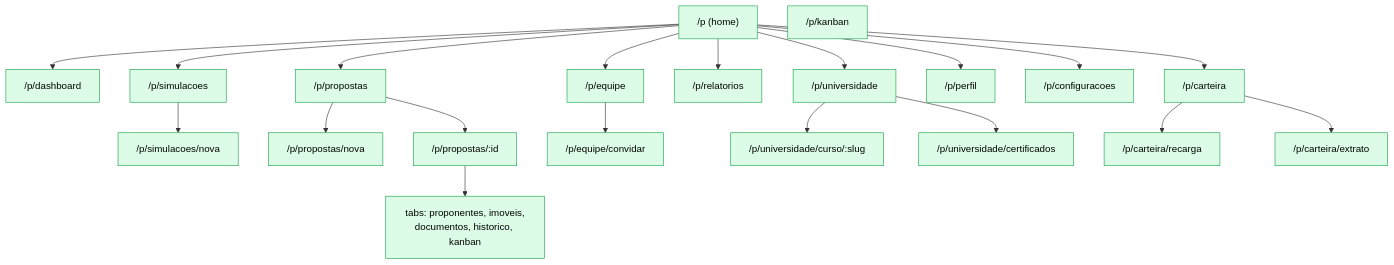
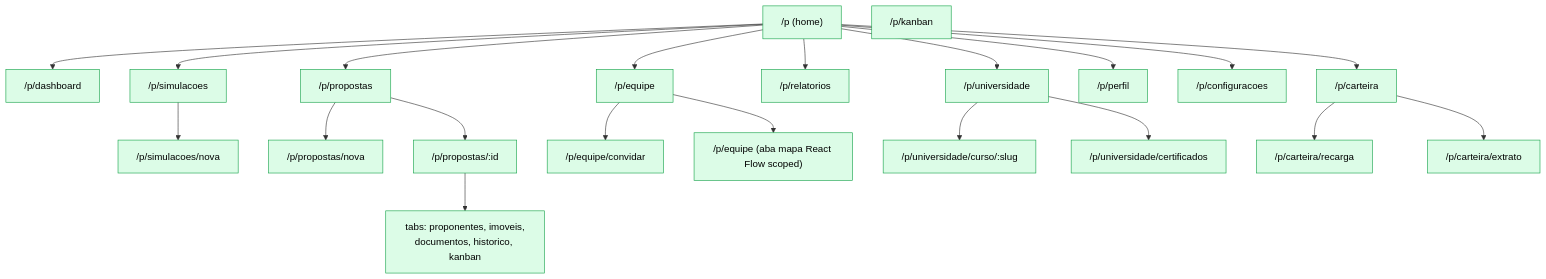
Before and after one commit to bonacciniWd/mercurio-capital: the fifth of 29 diagrams in docs/design/10-blueprint-visual.md, drawn with Mermaid. The commit also changed other lines of this file and 33 other files, not shown here.

````diff
--- a/docs/design/10-blueprint-visual.md
+++ b/docs/design/10-blueprint-visual.md
@@ -193,37 +193,39 @@
 ```mermaid
 flowchart TB
   classDef par fill:#dcfce7,stroke:#16a34a,color:#000
   P0["/p (home)"]:::par
   P1["/p/dashboard"]:::par
   P2["/p/simulacoes"]:::par
   P2b["/p/simulacoes/nova"]:::par
   P3["/p/propostas"]:::par
   PK["/p/kanban"]:::par
   P3b["/p/propostas/nova"]:::par
   P3c["/p/propostas/:id"]:::par
   P3d["tabs: proponentes, imoveis,<br/>documentos, historico, kanban"]:::par
   P4["/p/equipe"]:::par
   P4b["/p/equipe/convidar"]:::par
+  P4c["/p/equipe (aba mapa React Flow scoped)"]:::par
   P5["/p/relatorios"]:::par
   P6["/p/universidade"]:::par
   P6b["/p/universidade/curso/:slug"]:::par
   P6c["/p/universidade/certificados"]:::par
   P7["/p/perfil"]:::par
   P8["/p/configuracoes"]:::par
   PW["/p/carteira"]:::par
   PWr["/p/carteira/recarga"]:::par
   PWe["/p/carteira/extrato"]:::par
 
   P0 --> P1
   P0 --> P2 --> P2b
   P0 --> P3 --> P3b
   P3 --> P3c --> P3d
   P0 --> P4 --> P4b
+  P4 --> P4c
   P0 --> P5
   P0 --> P6 --> P6b
   P6 --> P6c
   P0 --> PW --> PWr
   PW --> PWe
   P0 --> P7
   P0 --> P8
 ```
````
